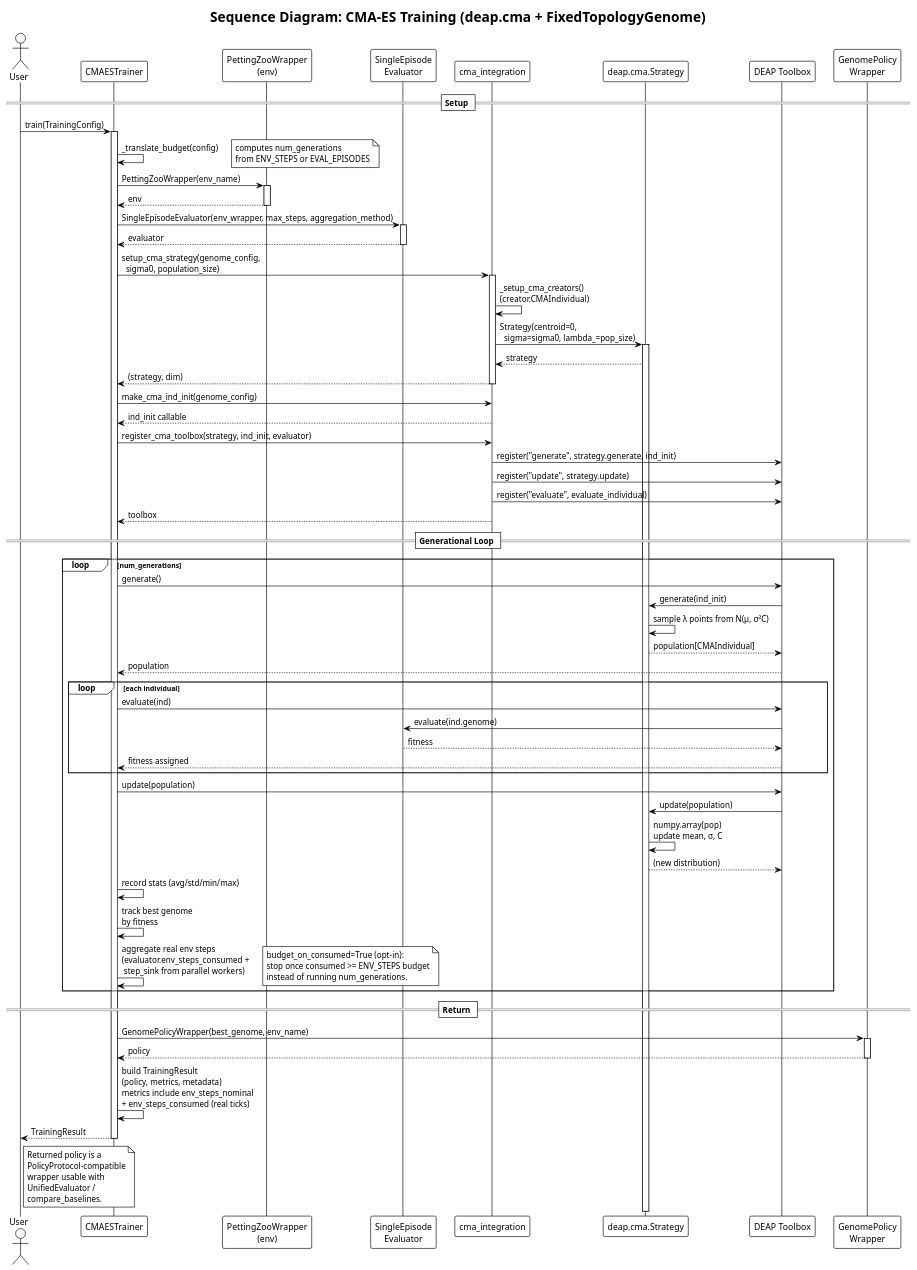
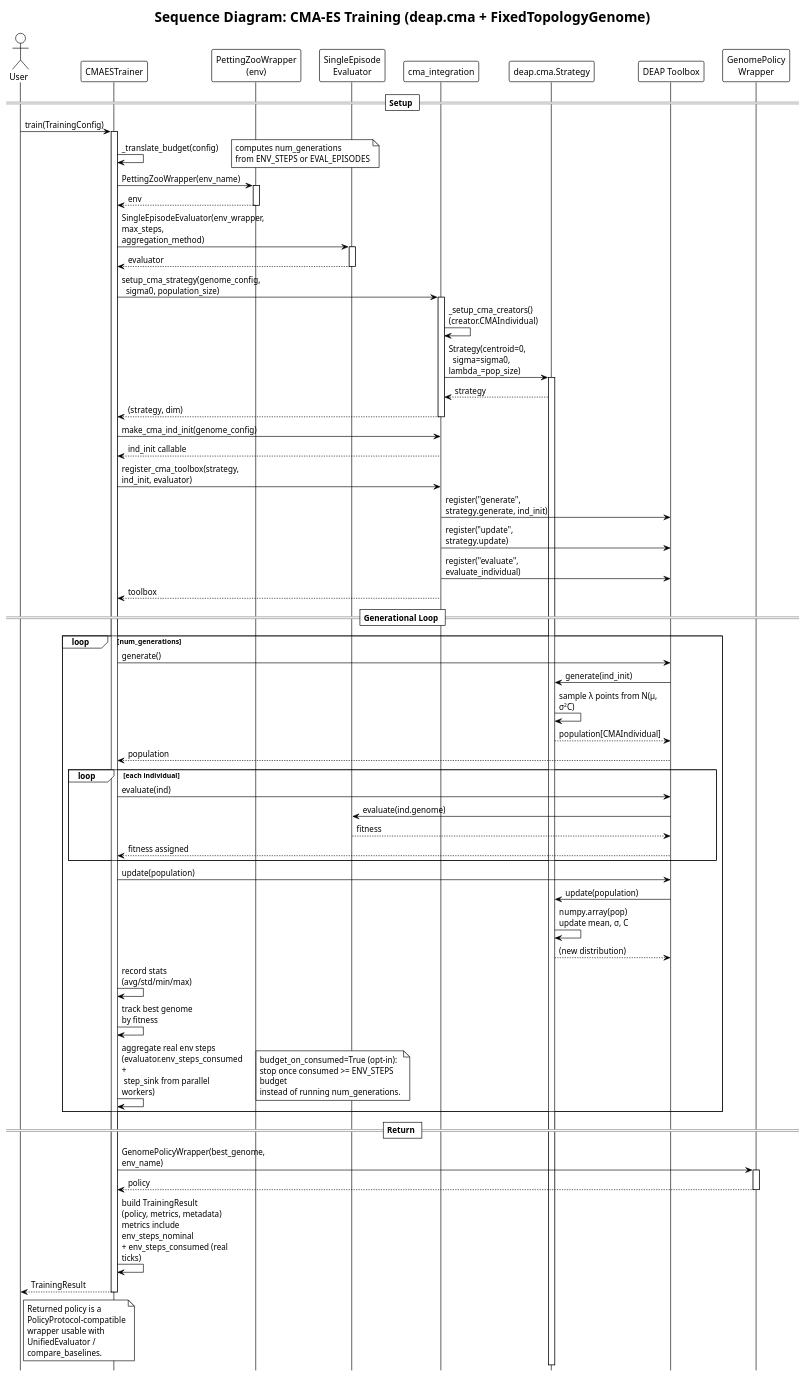
The diagram in docs/UML/sequence_cma_es_training.puml (Alex180504/DEAP-Zoo-bridge), drawn with PlantUML before and after one commit. The commit also changed 71 other files, not shown here.

Commit message:
Update UML

```diff
--- a/docs/UML/sequence_cma_es_training.puml
+++ b/docs/UML/sequence_cma_es_training.puml
@@ -1,100 +1,104 @@
 @startuml sequence_cma_es_training
 !theme plain
+' Compact layout (tuned per diagram — see README, 'Sequence-diagram layout').
+hide footbox
+skinparam maxMessageSize 180
+skinparam wrapWidth 240
 title Sequence Diagram: CMA-ES Training (deap.cma + FixedTopologyGenome)
 
 actor "User" as User
 participant "CMAESTrainer" as Trainer
 participant "PettingZooWrapper\n(env)" as Env
 participant "SingleEpisode\nEvaluator" as Eval
 participant "cma_integration" as CMAInt
 participant "deap.cma.Strategy" as Strategy
 participant "DEAP Toolbox" as Toolbox
 participant "GenomePolicy\nWrapper" as PolicyWrap
 
 == Setup ==
 
 User -> Trainer : train(TrainingConfig)
 activate Trainer
 
 Trainer -> Trainer : _translate_budget(config)
 note right: computes num_generations\nfrom ENV_STEPS or EVAL_EPISODES
 
 Trainer -> Env : PettingZooWrapper(env_name)
 activate Env
 Env --> Trainer : env
 deactivate Env
 
 Trainer -> Eval : SingleEpisodeEvaluator(env_wrapper, max_steps, aggregation_method)
 activate Eval
 Eval --> Trainer : evaluator
 deactivate Eval
 
 Trainer -> CMAInt : setup_cma_strategy(genome_config,\n  sigma0, population_size)
 activate CMAInt
 CMAInt -> CMAInt : _setup_cma_creators()\n(creator.CMAIndividual)
 CMAInt -> Strategy : Strategy(centroid=0,\n  sigma=sigma0, lambda_=pop_size)
 activate Strategy
 Strategy --> CMAInt : strategy
 CMAInt --> Trainer : (strategy, dim)
 deactivate CMAInt
 
 Trainer -> CMAInt : make_cma_ind_init(genome_config)
 CMAInt --> Trainer : ind_init callable
 
 Trainer -> CMAInt : register_cma_toolbox(strategy, ind_init, evaluator)
 CMAInt -> Toolbox : register("generate", strategy.generate, ind_init)
 CMAInt -> Toolbox : register("update", strategy.update)
 CMAInt -> Toolbox : register("evaluate", evaluate_individual)
 CMAInt --> Trainer : toolbox
 
 == Generational Loop ==
 
 loop num_generations
     Trainer -> Toolbox : generate()
     Toolbox -> Strategy : generate(ind_init)
     Strategy -> Strategy : sample λ points from N(μ, σ²C)
     Strategy --> Toolbox : population[CMAIndividual]
     Toolbox --> Trainer : population
 
     loop each individual
         Trainer -> Toolbox : evaluate(ind)
         Toolbox -> Eval : evaluate(ind.genome)
         Eval --> Toolbox : fitness
         Toolbox --> Trainer : fitness assigned
     end
 
     Trainer -> Toolbox : update(population)
     Toolbox -> Strategy : update(population)
     Strategy -> Strategy : numpy.array(pop)\nupdate mean, σ, C
     Strategy --> Toolbox : (new distribution)
 
     Trainer -> Trainer : record stats (avg/std/min/max)
     Trainer -> Trainer : track best genome\nby fitness
     Trainer -> Trainer : aggregate real env steps\n(evaluator.env_steps_consumed +\n step_sink from parallel workers)
     note right
       budget_on_consumed=True (opt-in):
       stop once consumed >= ENV_STEPS budget
       instead of running num_generations.
     end note
 end
 
 == Return ==
 
 Trainer -> PolicyWrap : GenomePolicyWrapper(best_genome, env_name)
 activate PolicyWrap
 PolicyWrap --> Trainer : policy
 deactivate PolicyWrap
 
 Trainer -> Trainer : build TrainingResult\n(policy, metrics, metadata)\nmetrics include env_steps_nominal\n+ env_steps_consumed (real ticks)
 Trainer --> User : TrainingResult
 deactivate Trainer
 
 note right of User
   Returned policy is a
   PolicyProtocol-compatible
   wrapper usable with
   UnifiedEvaluator /
   compare_baselines.
 end note
 
 @enduml
```
